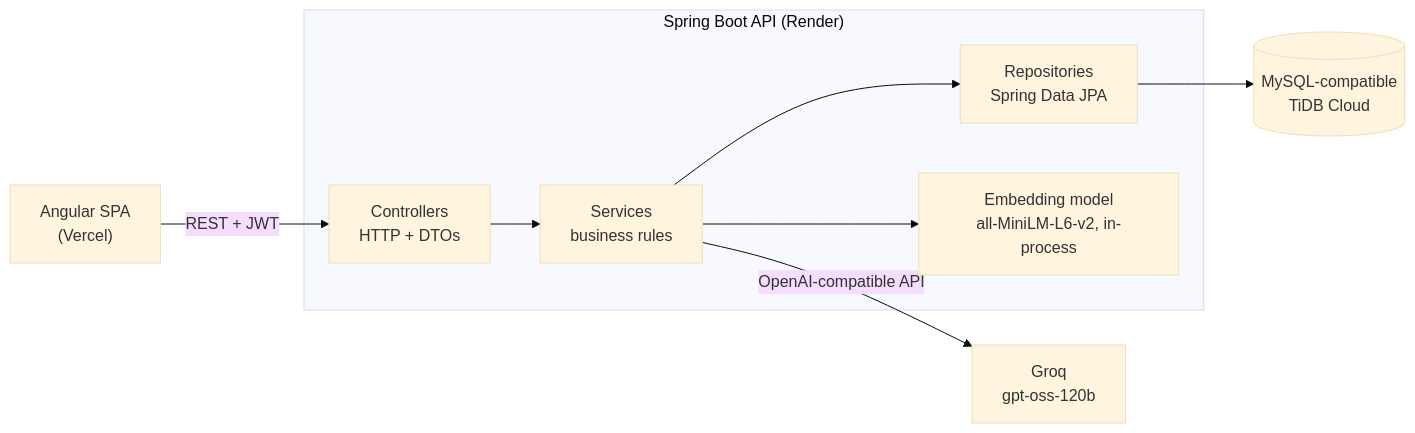
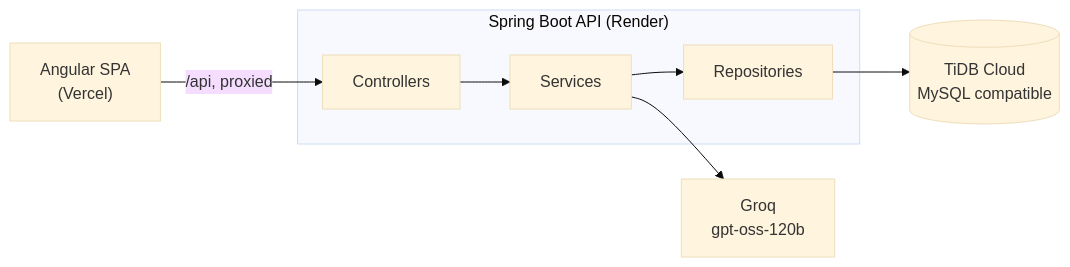
Before and after one commit to kymanirjarrett/clausify: the diagram in README.md, drawn with Mermaid (base theme). The commit also changed other lines of this file and 36 other files, not shown here.

````diff
--- a/README.md
+++ b/README.md
@@ -47,11 +23,10 @@
 ```mermaid
 flowchart LR
-    UI["Angular SPA<br/>(Vercel)"] -- "REST + JWT" --> C
+    UI["Angular SPA<br/>(Vercel)"] -- "/api, proxied" --> C
     subgraph API["Spring Boot API (Render)"]
-        C["Controllers<br/>HTTP + DTOs"] --> S["Services<br/>business rules"]
-        S --> R["Repositories<br/>Spring Data JPA"]
-        S --> E["Embedding model<br/>all-MiniLM-L6-v2, in-process"]
+        C["Controllers"] --> S["Services"]
+        S --> R["Repositories"]
     end
-    R --> DB[("MySQL-compatible<br/>TiDB Cloud")]
-    S -- "OpenAI-compatible API" --> G["Groq<br/>gpt-oss-120b"]
+    R --> DB[("TiDB Cloud<br/>MySQL compatible")]
+    S --> G["Groq<br/>gpt-oss-120b"]
 ```
````
